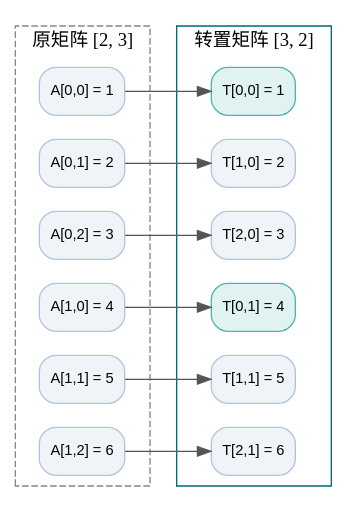
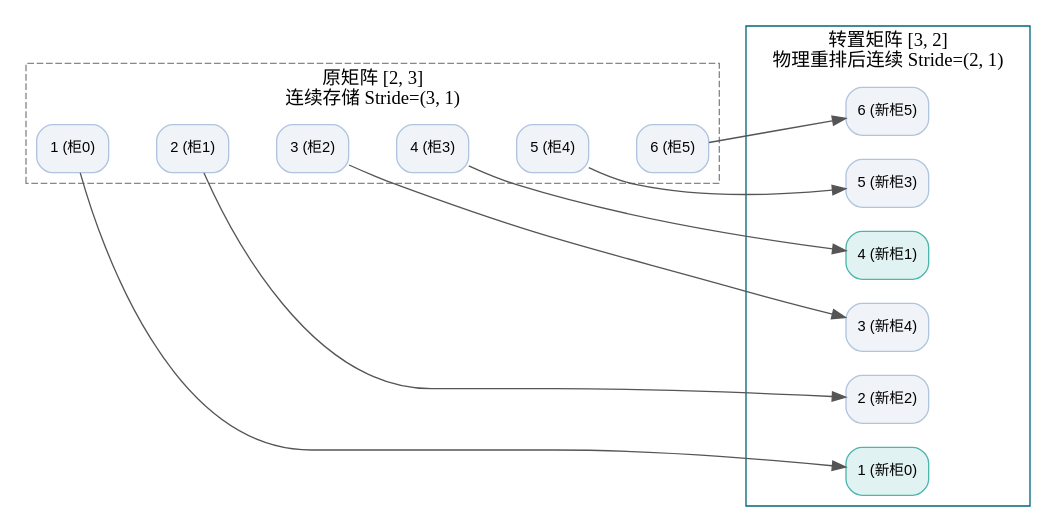
The third of 4 diagrams in src/content/posts/dl-operators-01-tensor-and-memory-guide.md (hqu-little-boy/blog), drawn with Graphviz before and after one commit. The commit also changed other lines of this file and 11 other files, not shown here.

````diff
--- a/src/content/posts/dl-operators-01-tensor-and-memory-guide.md
+++ b/src/content/posts/dl-operators-01-tensor-and-memory-guide.md
@@ -291,38 +328,28 @@
 ```graphviz
-digraph TransposeDemo {
+digraph TransposeMemoryLayout {
     rankdir=LR;
     node [fontname="Helvetica,Arial,sans-serif", fontsize=11, shape=rect, style="rounded,filled", fillcolor="#f0f4f8", color="#b0c4de"];
     edge [fontname="Helvetica,Arial,sans-serif", fontsize=10, color="#555555"];
 
     subgraph cluster_orig {
-        label = "原矩阵 [2, 3]";
-        style = dashed;
-        color = "#888888";
-        a00 [label="A[0,0] = 1"];
-        a01 [label="A[0,1] = 2"];
-        a02 [label="A[0,2] = 3"];
-        a10 [label="A[1,0] = 4"];
-        a11 [label="A[1,1] = 5"];
-        a12 [label="A[1,2] = 6"];
+        label = "原矩阵 [2, 3]\n连续存储 Stride=(3, 1)"; style=dashed; color="#888888";
+        o0 [label="1 (柜0)"]; o1 [label="2 (柜1)"]; o2 [label="3 (柜2)"];
+        o3 [label="4 (柜3)"]; o4 [label="5 (柜4)"]; o5 [label="6 (柜5)"];
+        o0 -> o1 -> o2 -> o3 -> o4 -> o5 [style=invis];
     }
 
-    subgraph cluster_trans {
-        label = "转置矩阵 [3, 2]";
-        style = solid;
-        color = "#006878";
-        t00 [label="T[0,0] = 1", fillcolor="#e0f2f1", color="#4db6ac"];
-        t01 [label="T[0,1] = 4", fillcolor="#e0f2f1", color="#4db6ac"];
-        t10 [label="T[1,0] = 2"];
-        t11 [label="T[1,1] = 5"];
-        t20 [label="T[2,0] = 3"];
-        t21 [label="T[2,1] = 6"];
+    subgraph cluster_new {
+        label = "转置矩阵 [3, 2]\n物理重排后连续 Stride=(2, 1)"; style=solid; color="#006878";
+        n0 [label="1 (新柜0)", fillcolor="#e0f2f1", color="#4db6ac"];
+        n1 [label="4 (新柜1)", fillcolor="#e0f2f1", color="#4db6ac"];
+        n2 [label="2 (新柜2)"];
+        n3 [label="5 (新柜3)"];
+        n4 [label="3 (新柜4)"];
+        n5 [label="6 (新柜5)"];
     }
 
-    a00 -> t00;
-    a10 -> t01;
-    a01 -> t10;
-    a11 -> t11;
-    a02 -> t20;
-    a12 -> t21;
+    o0 -> n0; o3 -> n1;
+    o1 -> n2; o4 -> n3;
+    o2 -> n4; o5 -> n5;
 }
 ```
````
